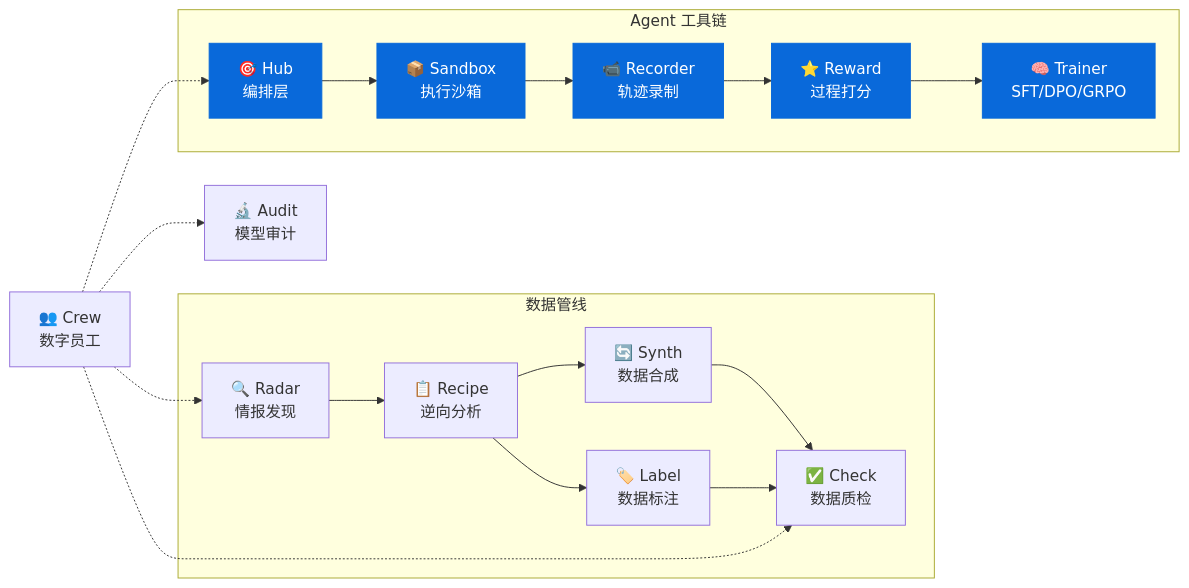
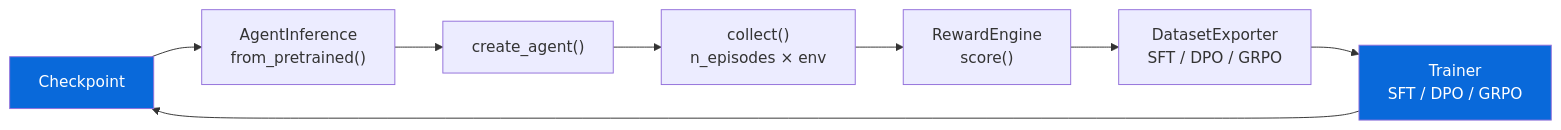
One commit to liuxiaotong/knowlyr-agent changed the second of 2 diagrams in README.md. Above: the diagram before and after it, drawn with Mermaid. The commit also changed other lines of this file, not shown here.

````diff
--- a/README.md
+++ b/README.md
@@ -408,27 +212,13 @@
 ```mermaid
 graph LR
-    subgraph 数据管线
-        Radar["🔍 Radar<br/>情报发现"] --> Recipe["📋 Recipe<br/>逆向分析"]
-        Recipe --> Synth["🔄 Synth<br/>数据合成"]
-        Recipe --> Label["🏷️ Label<br/>数据标注"]
-        Synth --> Check["✅ Check<br/>数据质检"]
-        Label --> Check
-    end
-    Audit["🔬 Audit<br/>模型审计"]
-    subgraph Agent 工具链
-        Hub["🎯 Hub<br/>编排层"] --> Sandbox["📦 Sandbox<br/>执行沙箱"]
-        Sandbox --> Recorder["📹 Recorder<br/>轨迹录制"]
-        Recorder --> Reward["⭐ Reward<br/>过程打分"]
-        Reward --> Trainer["🧠 Trainer<br/>SFT/DPO/GRPO"]
-    end
-    Crew["👥 Crew<br/>数字员工"]
-    Crew -.-> Radar
-    Crew -.-> Check
-    Crew -.-> Audit
-    Crew -.-> Hub
-    style Hub fill:#0969da,color:#fff,stroke:#0969da
-    style Sandbox fill:#0969da,color:#fff,stroke:#0969da
-    style Recorder fill:#0969da,color:#fff,stroke:#0969da
-    style Reward fill:#0969da,color:#fff,stroke:#0969da
-    style Trainer fill:#0969da,color:#fff,stroke:#0969da
+    M["Checkpoint"] --> I["AgentInference<br/>from_pretrained()"]
+    I --> A["create_agent()"]
+    A --> C["collect()<br/>n_episodes × env"]
+    C --> R["RewardEngine<br/>score()"]
+    R --> E["DatasetExporter<br/>SFT / DPO / GRPO"]
+    E --> T["Trainer<br/>SFT / DPO / GRPO"]
+    T --> M
+
+    style M fill:#0969da,color:#fff
+    style T fill:#0969da,color:#fff
 ```
````
